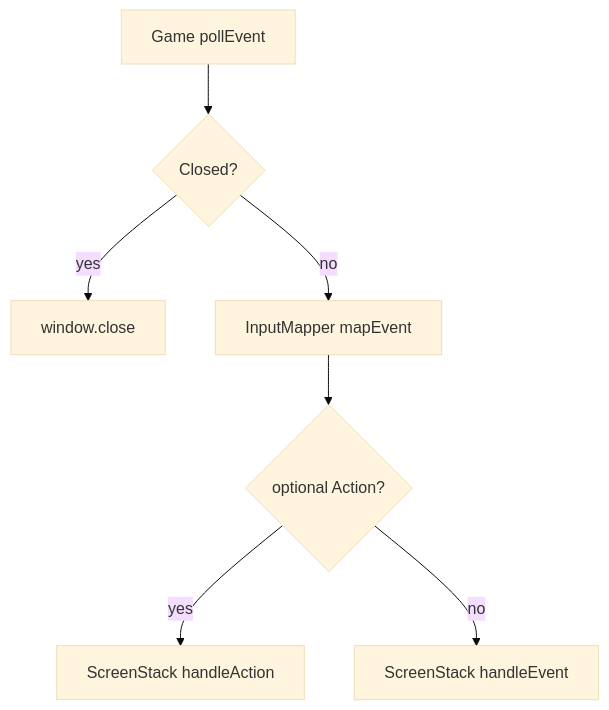
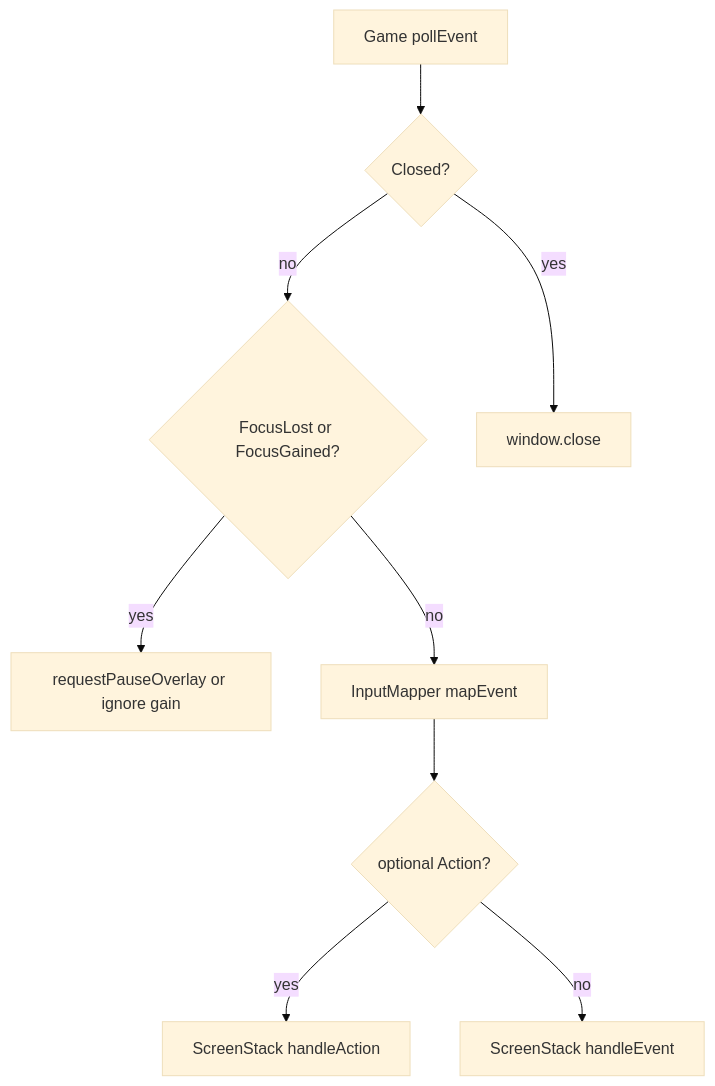
One commit to kblaszki/business-game changed the diagram in docs/reference/input-and-events.md. Above: the diagram before and after it, drawn with Mermaid (base theme). The commit also changed other lines of this file and 24 other files, not shown here.

Commit message:
Give gameplay a PauseScreen overlay so ticks freeze without a World flag.

````diff
--- a/docs/reference/input-and-events.md
+++ b/docs/reference/input-and-events.md
@@ -70,16 +74,20 @@
 ```mermaid
 flowchart TD
   Poll[Game pollEvent]
   Closed{"Closed?"}
+  Focus{"FocusLost or FocusGained?"}
   CloseWin[window.close]
+  Overlay[requestPauseOverlay or ignore gain]
   Map[InputMapper mapEvent]
   HasAction{"optional Action?"}
   StackAction[ScreenStack handleAction]
   StackEvent[ScreenStack handleEvent]
   Poll --> Closed
   Closed -->|yes| CloseWin
-  Closed -->|no| Map
+  Closed -->|no| Focus
+  Focus -->|yes| Overlay
+  Focus -->|no| Map
   Map --> HasAction
   HasAction -->|yes| StackAction
   HasAction -->|no| StackEvent
 ```
````
